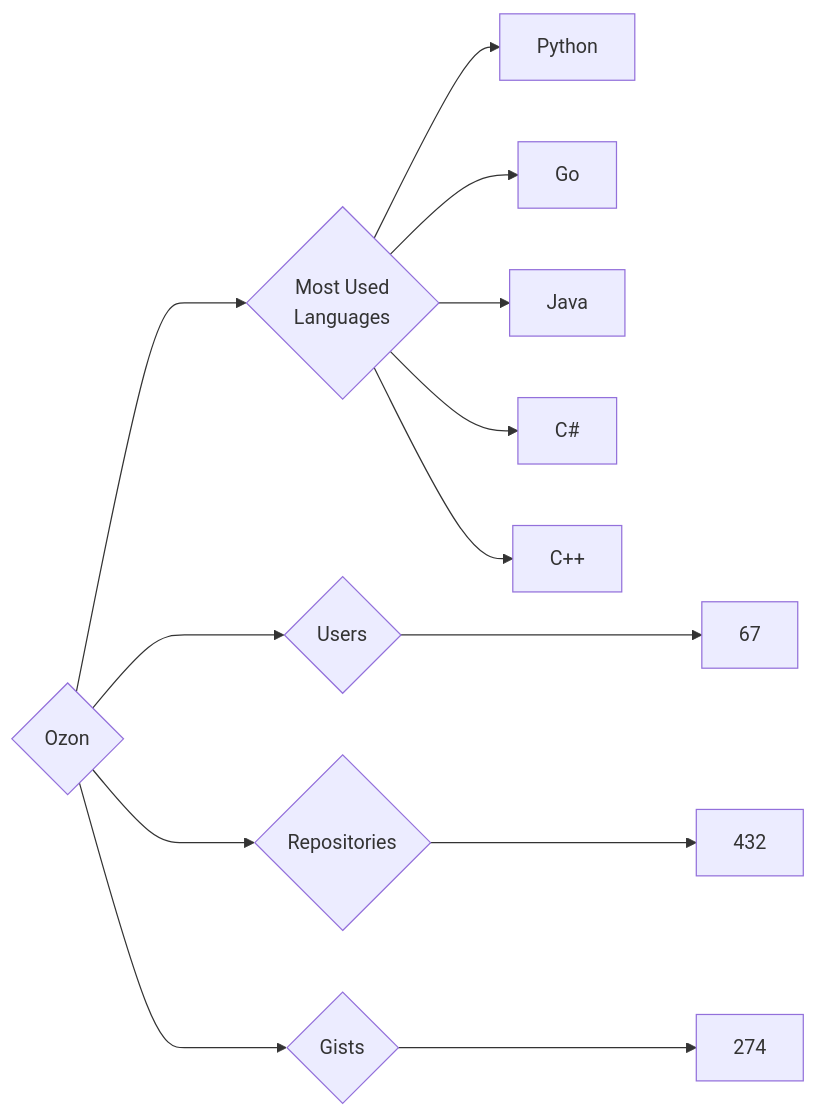
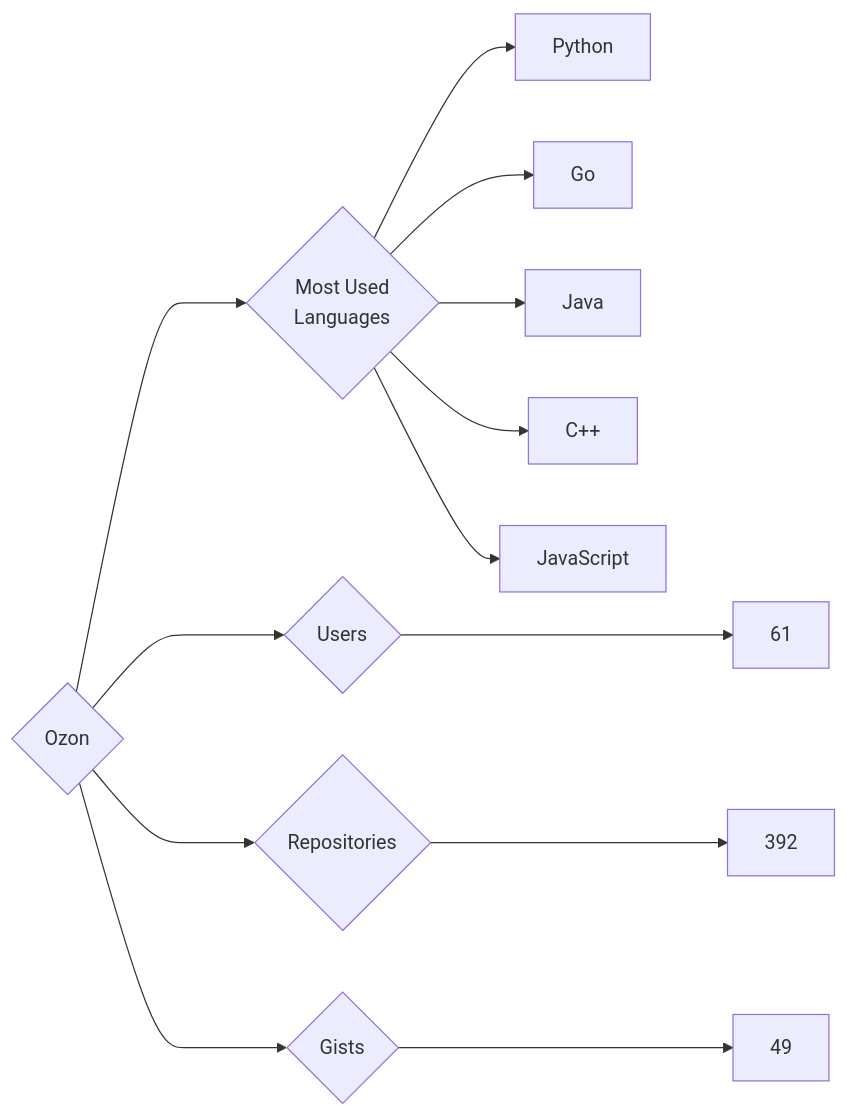
Before and after one commit to trickest/insiders: the diagram in targets/Ozon/README.md, drawn with Mermaid. The commit also changed 773 other files, not shown here.

````diff
--- a/targets/Ozon/README.md
+++ b/targets/Ozon/README.md
@@ -3,13 +3,13 @@
 ```mermaid
 graph LR
 COMPANY_NAME{Ozon}
-COMPANY_NAME ---> U{Users} ---> UN[67]
-COMPANY_NAME ---> R{Repositories} ---> RN[432]
-COMPANY_NAME ---> G{Gists} ---> GN[274]
+COMPANY_NAME ---> U{Users} ---> UN[61]
+COMPANY_NAME ---> R{Repositories} ---> RN[392]
+COMPANY_NAME ---> G{Gists} ---> GN[49]
 COMPANY_NAME ---> ML{Most Used<br>Languages}
 ML --> Python[Python]
 ML --> Go[Go]
 ML --> Java[Java]
-ML --> C#[C#]
 ML --> C++[C++]
+ML --> JavaScript[JavaScript]
 ```
````
